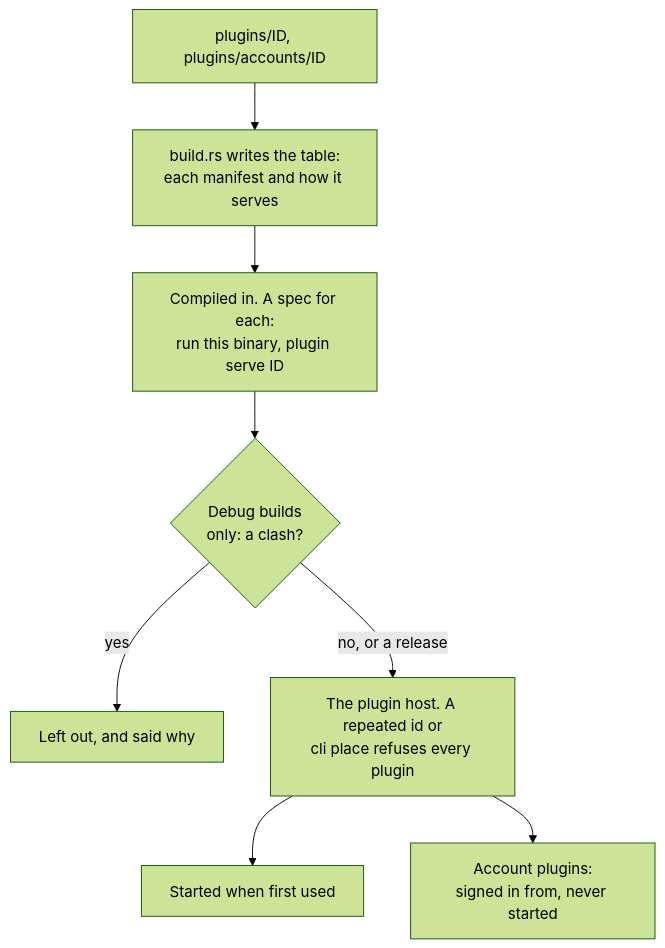
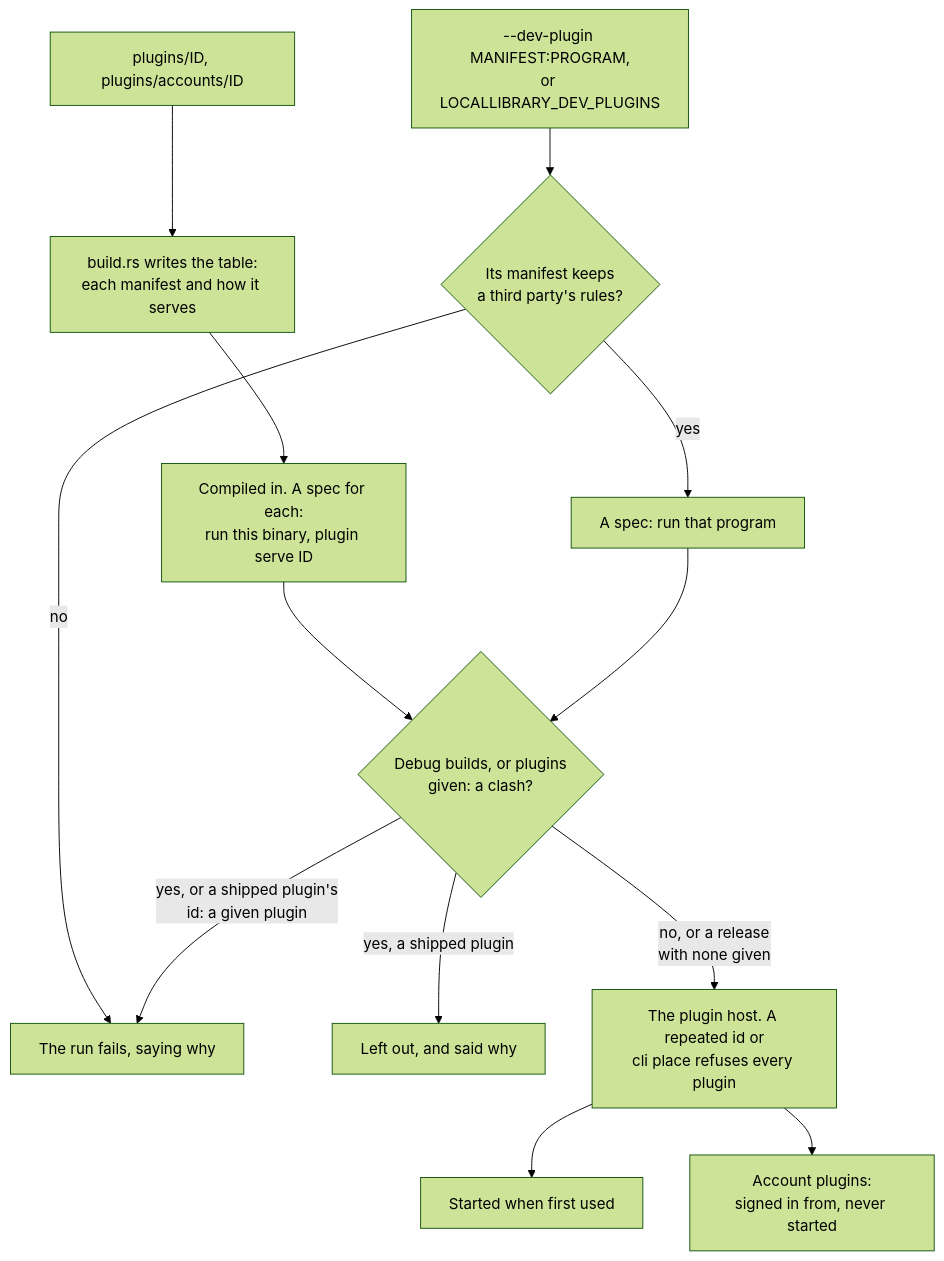
One commit to cutenode/localnetwork changed the fourth of 17 diagrams in apps/locallibrary/docs/diagrams/plugins.md. Above: the diagram before and after it, drawn with Mermaid (forest theme). The commit also changed other lines of this file and 22 other files, not shown here.

First line of the commit message:
feat(locallibrary): run plugins locallibrary doesn't ship for one run, and check them

````diff
--- a/apps/locallibrary/docs/diagrams/plugins.md
+++ b/apps/locallibrary/docs/diagrams/plugins.md
@@ -92,10 +92,15 @@
 ```mermaid
 flowchart TD
     folders["plugins/ID, plugins/accounts/ID"] --> build["build.rs writes the table:<br/>each manifest and how it serves"]
     build --> specs["Compiled in. A spec for each:<br/>run this binary, plugin serve ID"]
-    specs --> check{"Debug builds<br/>only: a clash?"}
-    check -->|yes| out["Left out, and said why"]
-    check -->|"no, or a release"| host["The plugin host. A repeated id or<br/>cli place refuses every plugin"]
+    dev["--dev-plugin MANIFEST:PROGRAM,<br/>or LOCALLIBRARY_DEV_PLUGINS"] --> rules{"Its manifest keeps<br/>a third party's rules?"}
+    rules -->|no| fail["The run fails, saying why"]
+    rules -->|yes| given["A spec: run that program"]
+    specs --> check{"Debug builds, or plugins<br/>given: a clash?"}
+    given --> check
+    check -->|"yes, a shipped plugin"| out["Left out, and said why"]
+    check -->|"yes, or a shipped plugin's<br/>id: a given plugin"| fail
+    check -->|"no, or a release<br/>with none given"| host["The plugin host. A repeated id or<br/>cli place refuses every plugin"]
     host --> lazy["Started when first used"]
     host --> account["Account plugins:<br/>signed in from, never started"]
 ```
````
